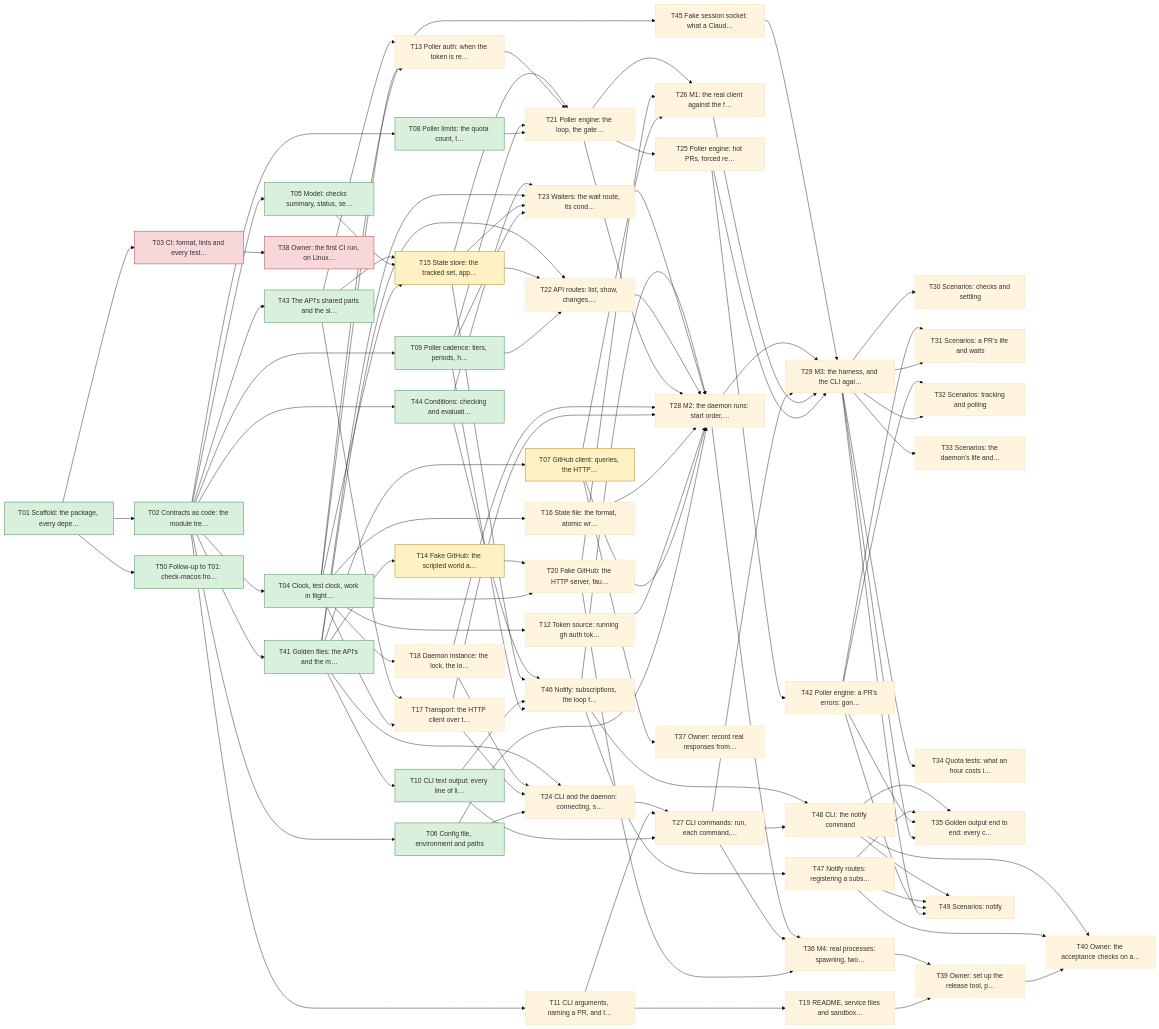
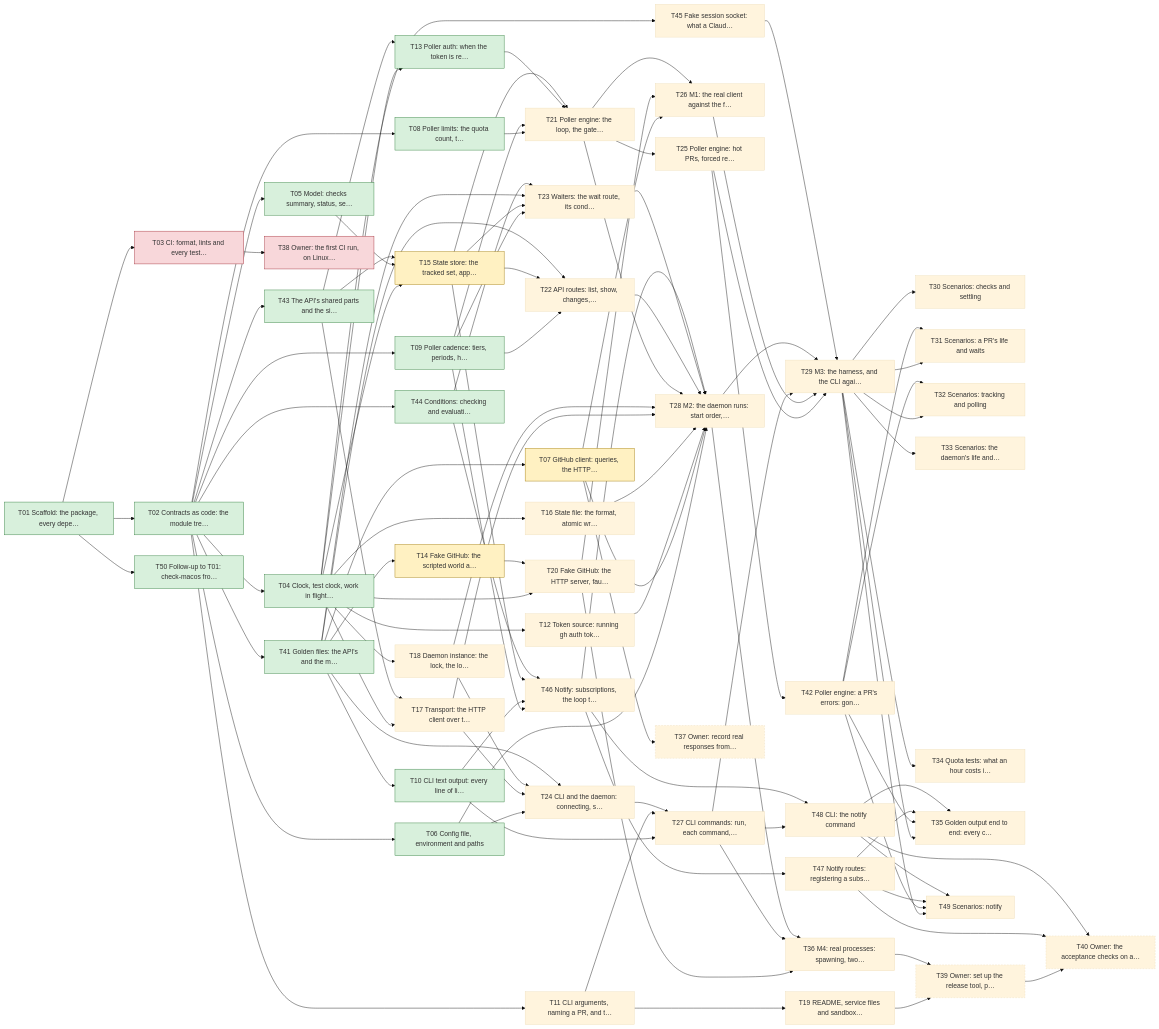
Before and after one commit to yachiko/circitor: the diagram in plan/README.md, drawn with Mermaid (base theme). The commit also changed other lines of this file and 2 other files, not shown here.

Commit message:
Record T13 as done

```diff
--- a/plan/README.md
+++ b/plan/README.md
@@ -149,7 +149,7 @@
   T10["T10 CLI text output: every line of li…"]:::done
   T11["T11 CLI arguments, naming a PR, and t…"]
   T12["T12 Token source: running gh auth tok…"]
-  T13["T13 Poller auth: when the token is re…"]
+  T13["T13 Poller auth: when the token is re…"]:::done
   T14["T14 Fake GitHub: the scripted world a…"]:::active
   T15["T15 State store: the tracked set, app…"]:::active
   T16["T16 State file: the format, atomic wr…"]
```
